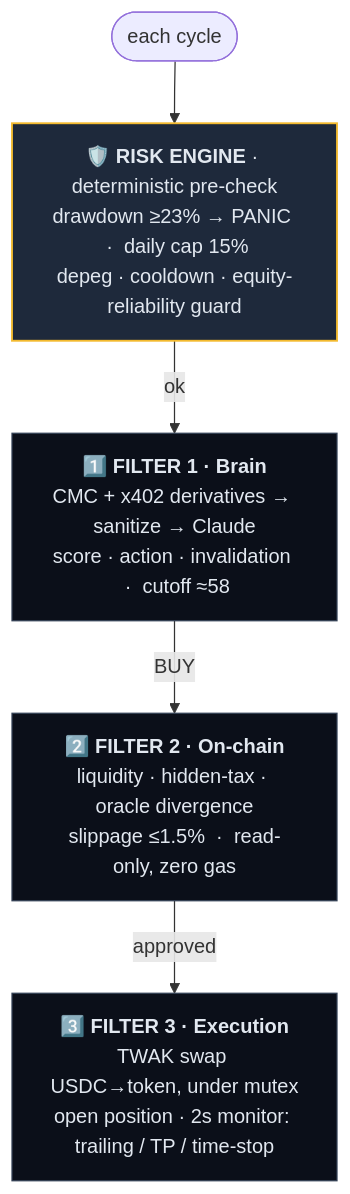
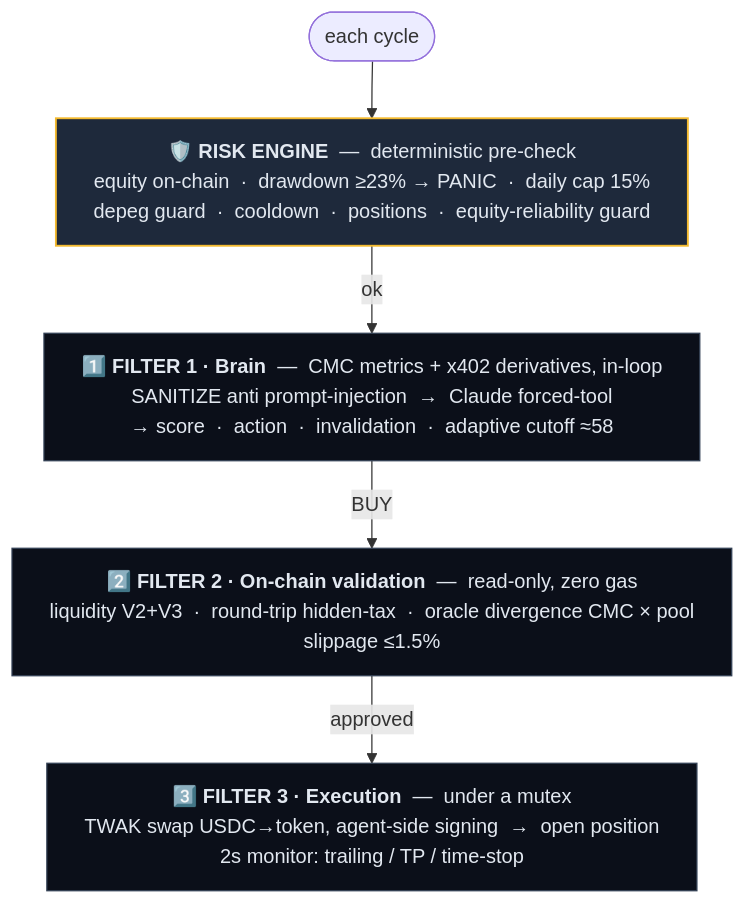
The diagram in README.md (deegalabs/boomerang-ai), drawn with Mermaid before and after one commit.

Commit message:
docs: widen mermaid pipeline nodes via wrappingWidth, restore detail

````diff
--- a/README.md
+++ b/README.md
@@ -83,14 +83,15 @@
 ```mermaid
+%%{init: {'flowchart': {'wrappingWidth': 560, 'nodeSpacing': 50, 'rankSpacing': 46}}}%%
 flowchart TD
     Start([" each cycle "]) --> A
 
-    A["🛡️ <b>RISK ENGINE</b> · deterministic pre-check<br/>drawdown ≥23% → PANIC &nbsp;·&nbsp; daily cap 15%<br/>depeg · cooldown · equity-reliability guard"]
-    A -->|ok| B["1️⃣ <b>FILTER 1 · Brain</b><br/>CMC + x402 derivatives → sanitize → Claude<br/>score · action · invalidation &nbsp;·&nbsp; cutoff ≈58"]
-    B -->|BUY| C["2️⃣ <b>FILTER 2 · On-chain</b><br/>liquidity · hidden-tax · oracle divergence<br/>slippage ≤1.5% &nbsp;·&nbsp; read-only, zero gas"]
-    C -->|approved| D["3️⃣ <b>FILTER 3 · Execution</b><br/>TWAK swap USDC→token, under mutex<br/>open position · 2s monitor: trailing / TP / time-stop"]
+    A["🛡️ <b>RISK ENGINE</b> &nbsp;—&nbsp; deterministic pre-check<br/>equity on-chain &nbsp;·&nbsp; drawdown ≥23% → PANIC &nbsp;·&nbsp; daily cap 15%<br/>depeg guard &nbsp;·&nbsp; cooldown &nbsp;·&nbsp; positions &nbsp;·&nbsp; equity-reliability guard"]
+    A -->|ok| B["1️⃣ <b>FILTER 1 · Brain</b> &nbsp;—&nbsp; CMC metrics + x402 derivatives, in-loop<br/>SANITIZE anti prompt-injection &nbsp;→&nbsp; Claude forced-tool<br/>→ score &nbsp;·&nbsp; action &nbsp;·&nbsp; invalidation &nbsp;·&nbsp; adaptive cutoff ≈58"]
+    B -->|BUY| C["2️⃣ <b>FILTER 2 · On-chain validation</b> &nbsp;—&nbsp; read-only, zero gas<br/>liquidity V2+V3 &nbsp;·&nbsp; round-trip hidden-tax &nbsp;·&nbsp; oracle divergence CMC × pool<br/>slippage ≤1.5%"]
+    C -->|approved| D["3️⃣ <b>FILTER 3 · Execution</b> &nbsp;—&nbsp; under a mutex<br/>TWAK swap USDC→token, agent-side signing &nbsp;→&nbsp; open position<br/>2s monitor: trailing / TP / time-stop"]
 
     classDef risk fill:#1e293b,stroke:#f3ba2f,stroke-width:1.5px,color:#e2e8f0;
     classDef filter fill:#0b0f19,stroke:#334155,stroke-width:1px,color:#e2e8f0;
     class A risk;
     class B,C,D filter;
 ```
````
